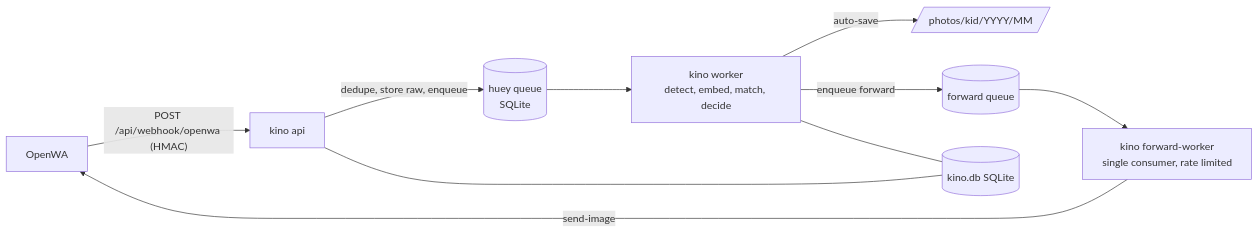
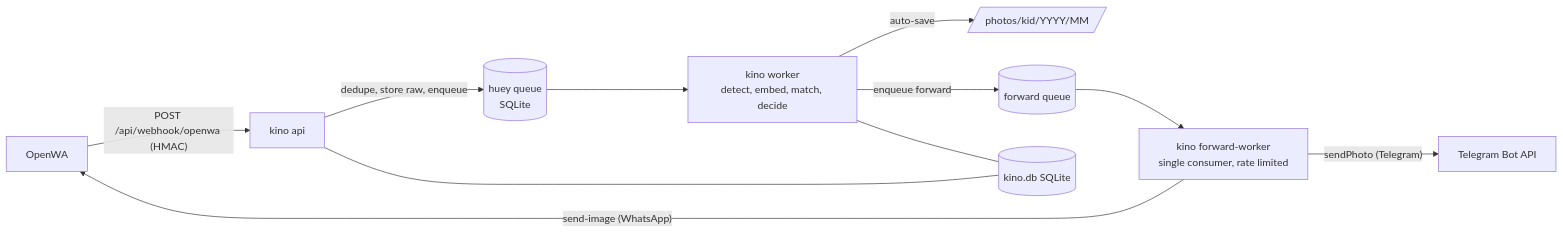
The diagram in README.md (t0mer/Kino), drawn with Mermaid before and after one commit. The commit also changed other lines of this file, not shown here.

Commit message:
document Telegram delivery

````diff
--- a/README.md
+++ b/README.md
@@ -233,12 +266,13 @@
 ```mermaid
 flowchart LR
     W[OpenWA] -- "POST /api/webhook/openwa (HMAC)" --> A[kino api]
     A -- "dedupe, store raw, enqueue" --> Q[(huey queue<br/>SQLite)]
     Q --> K[kino worker<br/>detect, embed, match, decide]
     K -- "auto-save" --> P[/photos/kid/YYYY/MM/]
     K -- "enqueue forward" --> F[(forward queue)]
     F --> FW[kino forward-worker<br/>single consumer, rate limited]
-    FW -- "send-image" --> W
+    FW -- "send-image (WhatsApp)" --> W
+    FW -- "sendPhoto (Telegram)" --> T[Telegram Bot API]
     K --- D[(kino.db SQLite)]
     A --- D
 ```
````
